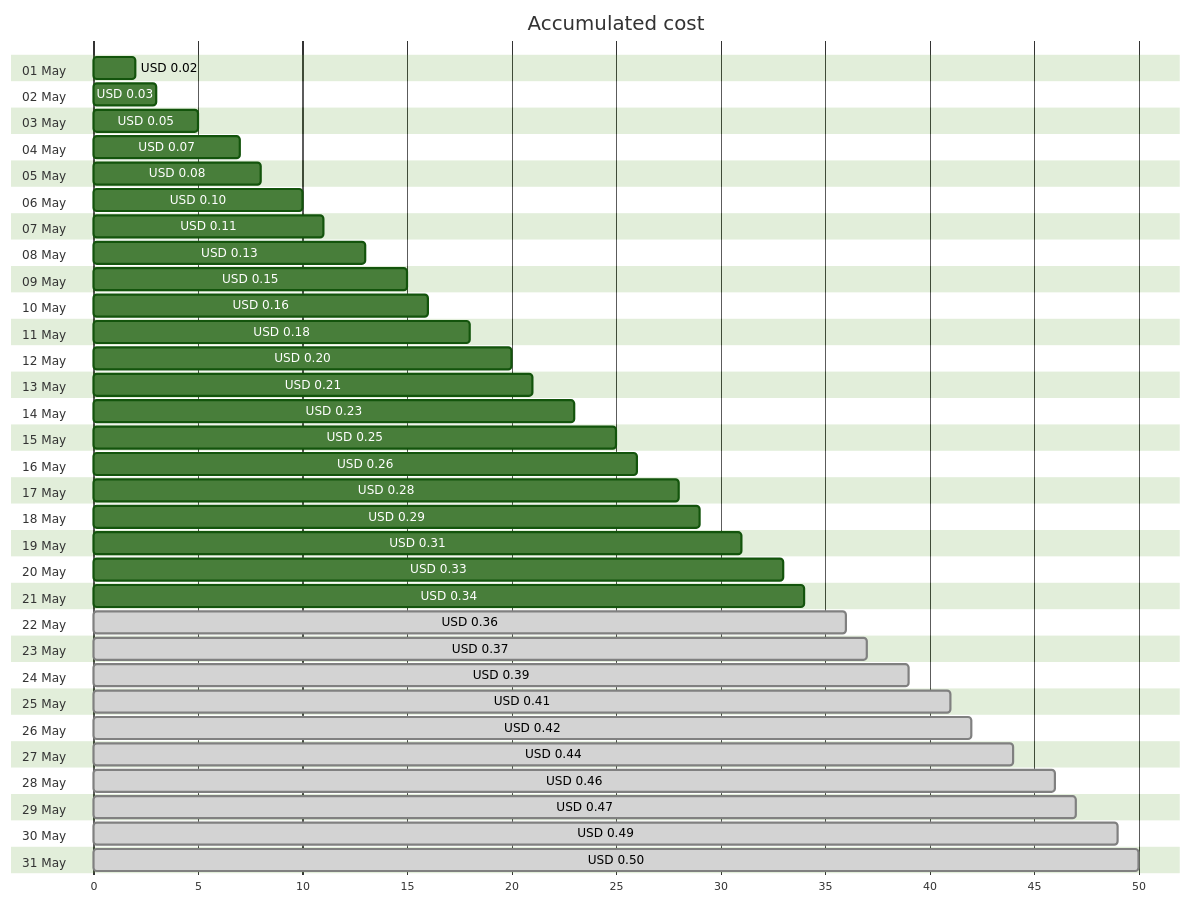
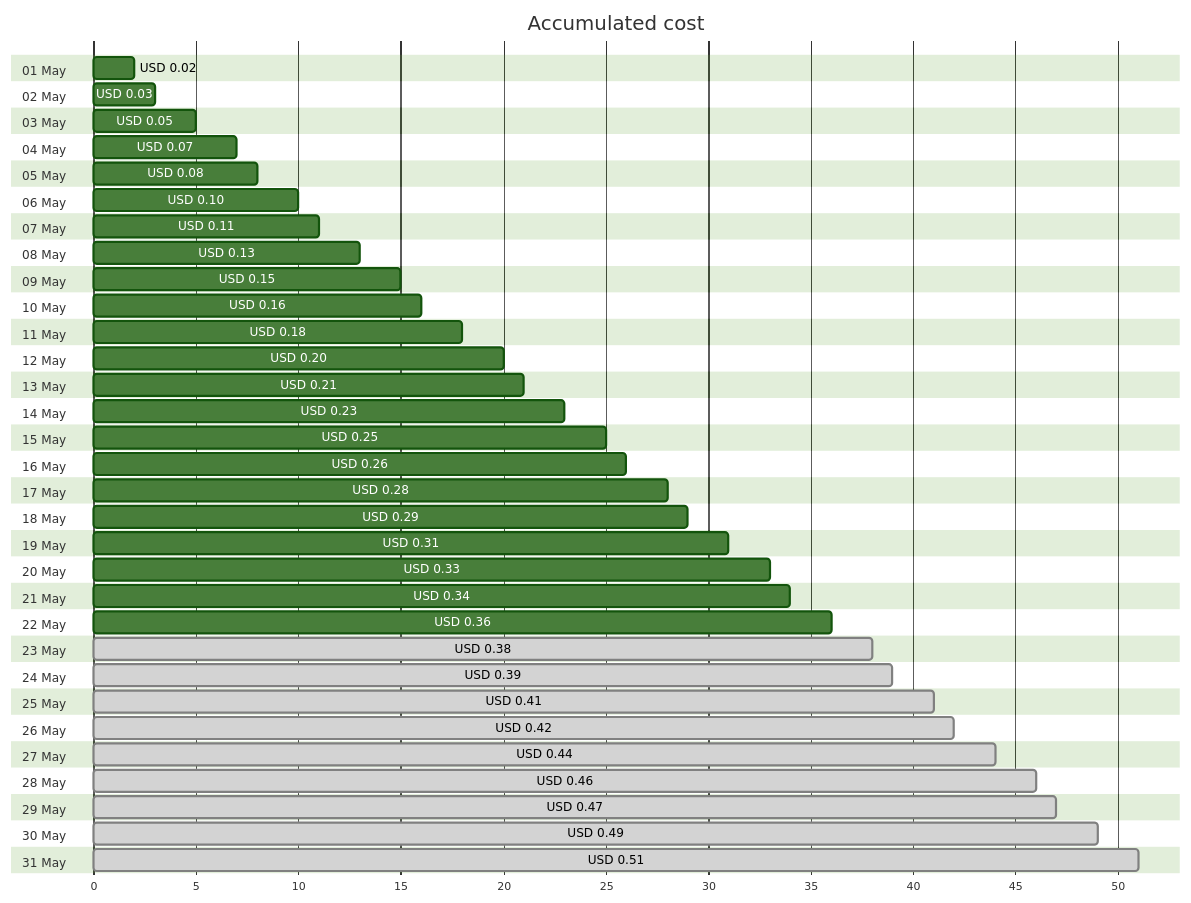
The first of 4 diagrams in cost-reports/personal-dns/jpatrickfulton.com.md (jpfulton/azure-personal-reports), drawn with Mermaid (forest theme) before and after one commit. The commit also changed other lines of this file and 2 other files, not shown here.

````diff
--- a/cost-reports/personal-dns/jpatrickfulton.com.md
+++ b/cost-reports/personal-dns/jpatrickfulton.com.md
@@ -20,68 +20,68 @@
 ```mermaid
 gantt
    title Accumulated cost
    dateFormat  X
    axisFormat %s
    section 01 May
    USD 0.02 :0, 2
    section 02 May
    USD 0.03 :0, 3
    section 03 May
    USD 0.05 :0, 5
    section 04 May
    USD 0.07 :0, 7
    section 05 May
    USD 0.08 :0, 8
    section 06 May
    USD 0.10 :0, 10
    section 07 May
    USD 0.11 :0, 11
    section 08 May
    USD 0.13 :0, 13
    section 09 May
    USD 0.15 :0, 15
    section 10 May
    USD 0.16 :0, 16
    section 11 May
    USD 0.18 :0, 18
    section 12 May
    USD 0.20 :0, 20
    section 13 May
    USD 0.21 :0, 21
    section 14 May
    USD 0.23 :0, 23
    section 15 May
    USD 0.25 :0, 25
    section 16 May
    USD 0.26 :0, 26
    section 17 May
    USD 0.28 :0, 28
    section 18 May
    USD 0.29 :0, 29
    section 19 May
    USD 0.31 :0, 31
    section 20 May
    USD 0.33 :0, 33
    section 21 May
    USD 0.34 :0, 34
    section 22 May
-   USD 0.36 : done, 0, 36
+   USD 0.36 :0, 36
    section 23 May
-   USD 0.37 : done, 0, 37
+   USD 0.38 : done, 0, 38
    section 24 May
    USD 0.39 : done, 0, 39
    section 25 May
    USD 0.41 : done, 0, 41
    section 26 May
    USD 0.42 : done, 0, 42
    section 27 May
    USD 0.44 : done, 0, 44
    section 28 May
    USD 0.46 : done, 0, 46
    section 29 May
    USD 0.47 : done, 0, 47
    section 30 May
    USD 0.49 : done, 0, 49
    section 31 May
-   USD 0.50 : done, 0, 50
+   USD 0.51 : done, 0, 51
 ```
````
